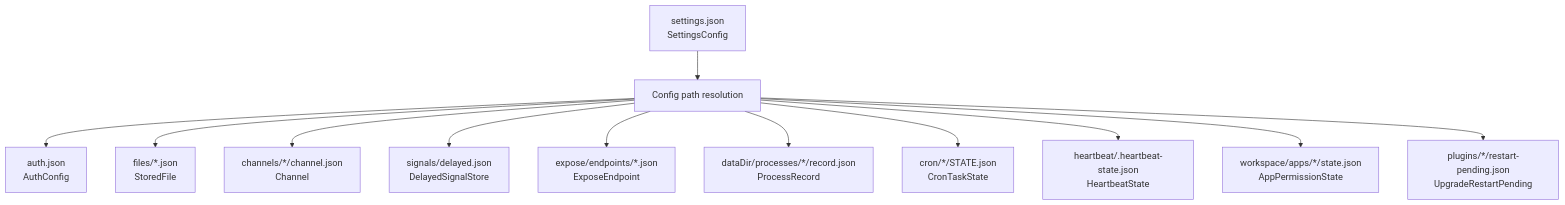
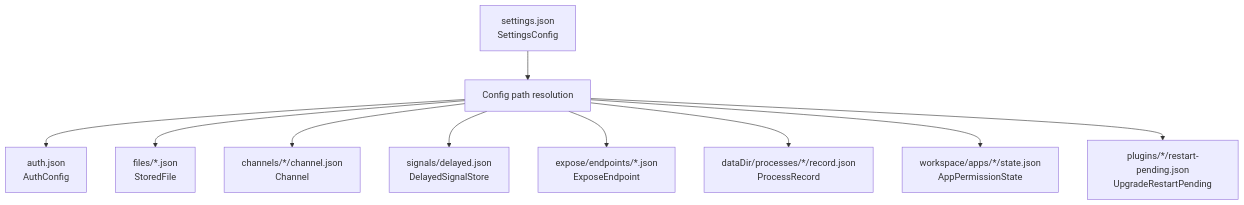
One commit to ex3ndr/daycare changed the seventh of 8 diagrams in doc/STORAGE.md. Above: the diagram before and after it, drawn with Mermaid. The commit also changed other lines of this file and 48 other files, not shown here.

````diff
--- a/doc/STORAGE.md
+++ b/doc/STORAGE.md
@@ -1000,14 +1083,12 @@
 ```mermaid
 flowchart TD
   CFG[settings.json<br/>SettingsConfig] --> PATHS[Config path resolution]
   PATHS --> AUTH[auth.json<br/>AuthConfig]
   PATHS --> FILEMETA[files/*.json<br/>StoredFile]
   PATHS --> CHANNEL[channels/*/channel.json<br/>Channel]
   PATHS --> DELAY[signals/delayed.json<br/>DelayedSignalStore]
   PATHS --> EXPOSE[expose/endpoints/*.json<br/>ExposeEndpoint]
   PATHS --> PROC[dataDir/processes/*/record.json<br/>ProcessRecord]
-  PATHS --> CRONSTATE[cron/*/STATE.json<br/>CronTaskState]
-  PATHS --> HBSTATE[heartbeat/.heartbeat-state.json<br/>HeartbeatState]
   PATHS --> APPSTATE[workspace/apps/*/state.json<br/>AppPermissionState]
   PATHS --> UPGRADE[plugins/*/restart-pending.json<br/>UpgradeRestartPending]
 ```
````
